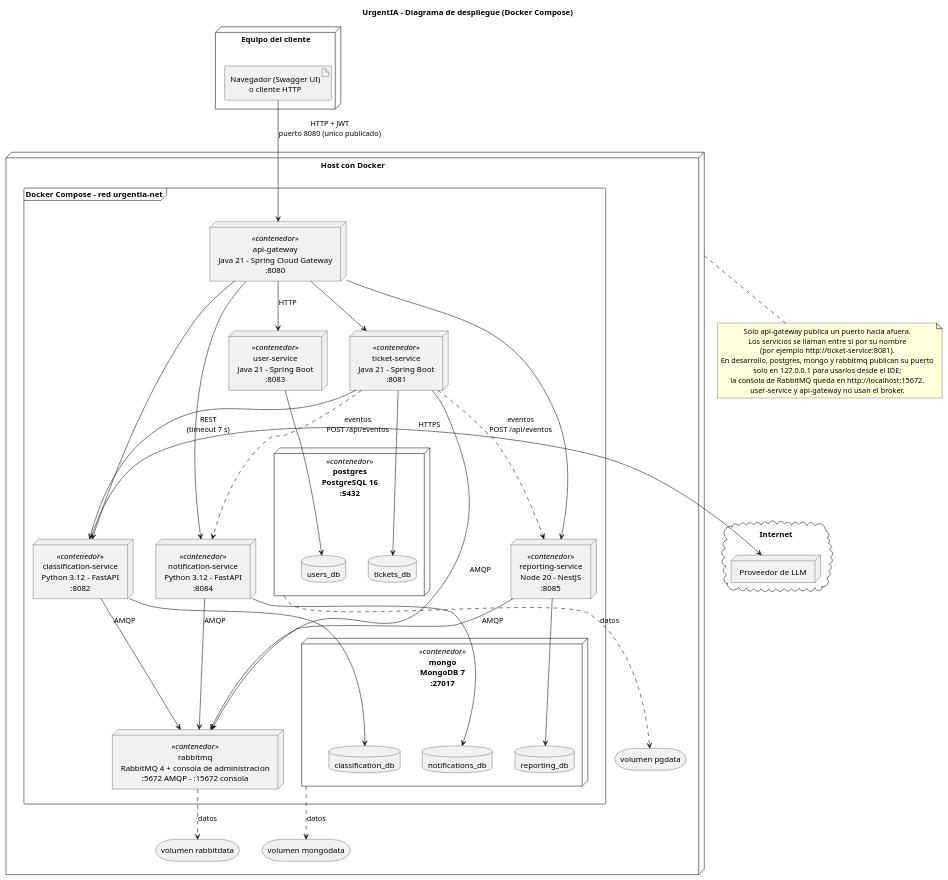
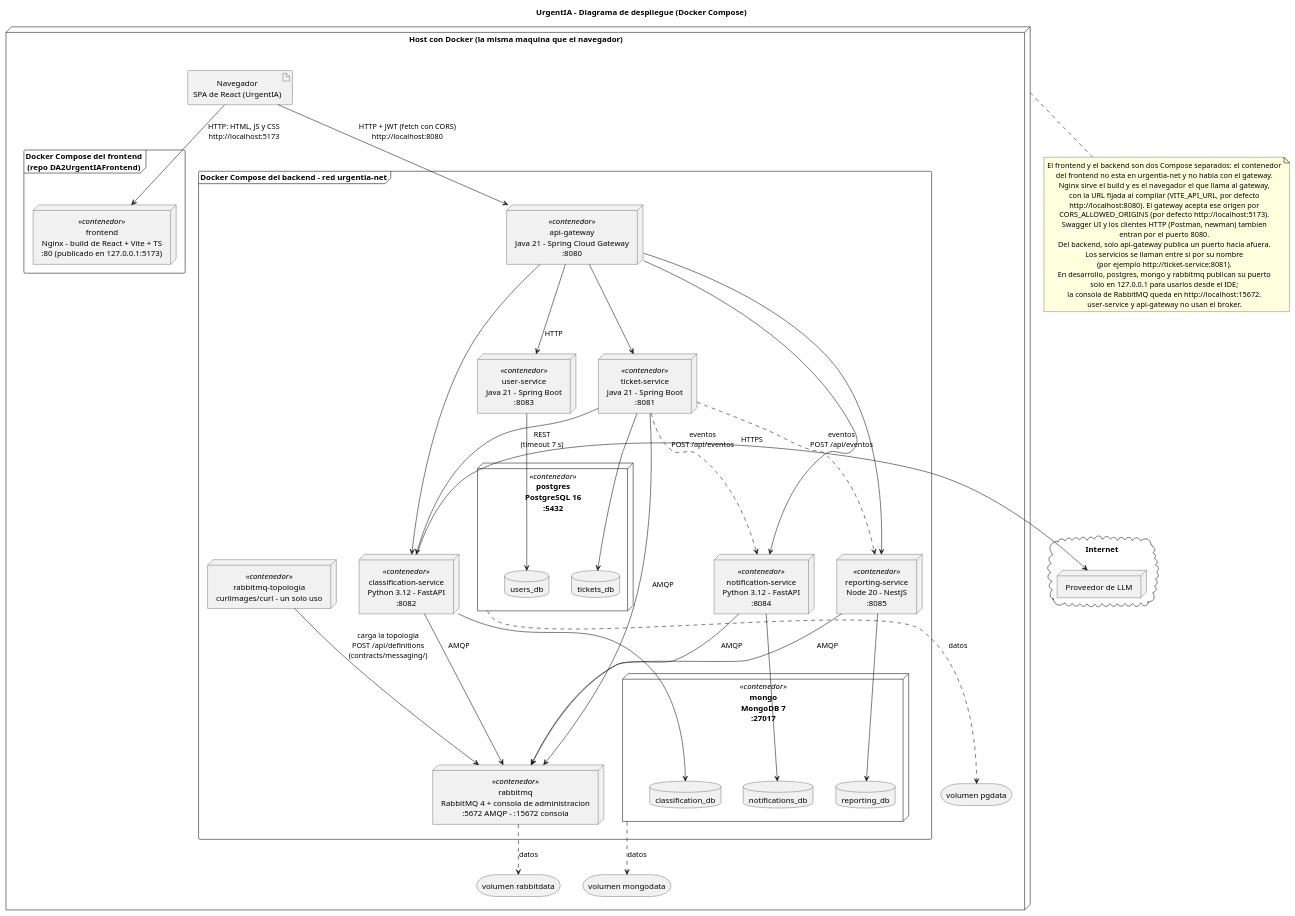
The diagram in docs/diagrams/despliegue.puml (AVFare/DA2UrgentIABackend), drawn with PlantUML before and after one commit. The commit also changed 1 other file, not shown here.

Commit message:
docs(diagramas): suma el frontend y la carga de la topología al diagrama de despliegue

```diff
--- a/docs/diagrams/despliegue.puml
+++ b/docs/diagrams/despliegue.puml
@@ -1,92 +1,110 @@
 @startuml despliegue
 title UrgentIA - Diagrama de despliegue (Docker Compose)
 
 skinparam shadowing false
 skinparam defaultTextAlignment center
 skinparam nodesep 40
 skinparam ranksep 55
 
-node "Equipo del cliente" as cliente {
-  artifact "Navegador (Swagger UI)\no cliente HTTP" as navegador
-}
-
 cloud "Internet" as internet {
   node "Proveedor de LLM" as llm
 }
 
-node "Host con Docker" as host {
-  frame "Docker Compose - red urgentia-net" as red {
+node "Host con Docker (la misma maquina que el navegador)" as host {
+  artifact "Navegador\nSPA de React (UrgentIA)" as navegador
+
+  frame "Docker Compose del frontend\n(repo DA2UrgentIAFrontend)" as composefront {
+    node "frontend\nNginx - build de React + Vite + TS\n:80 (publicado en 127.0.0.1:5173)" as fe <<contenedor>>
+  }
+
+  frame "Docker Compose del backend - red urgentia-net" as red {
 
     node "api-gateway\nJava 21 - Spring Cloud Gateway\n:8080" as gw <<contenedor>>
 
     node "user-service\nJava 21 - Spring Boot\n:8083" as us <<contenedor>>
     node "ticket-service\nJava 21 - Spring Boot\n:8081" as ts <<contenedor>>
     node "classification-service\nPython 3.12 - FastAPI\n:8082" as cs <<contenedor>>
     node "notification-service\nPython 3.12 - FastAPI\n:8084" as ns <<contenedor>>
     node "reporting-service\nNode 20 - NestJS\n:8085" as rs <<contenedor>>
 
     node "postgres\nPostgreSQL 16\n:5432" as pg <<contenedor>> {
       database "users_db" as usersdb
       database "tickets_db" as ticketsdb
     }
 
     node "rabbitmq\nRabbitMQ 4 + consola de administracion\n:5672 AMQP - :15672 consola" as rmq <<contenedor>>
+    node "rabbitmq-topologia\ncurlimages/curl - un solo uso" as topo <<contenedor>>
 
     node "mongo\nMongoDB 7\n:27017" as mongo <<contenedor>> {
       database "classification_db" as classdb
       database "notifications_db" as notifdb
       database "reporting_db" as repdb
     }
   }
 
   storage "volumen pgdata" as pgdata
   storage "volumen mongodata" as mongodata
   storage "volumen rabbitdata" as rabbitdata
 }
 
 us -[hidden]right- ts
 
-navegador --> gw : HTTP + JWT\npuerto 8080 (unico publicado)
+' Nginx solo entrega los archivos estaticos; no hace de proxy hacia el gateway.
+navegador --> fe : HTTP: HTML, JS y CSS\nhttp://localhost:5173
+' La SPA, ya cargada en el navegador, llama al gateway en VITE_API_URL.
+navegador --> gw : HTTP + JWT (fetch con CORS)\nhttp://localhost:8080
 
 ' El gateway rutea por HTTP a los cinco servicios.
 gw --> us : HTTP
 gw --> ts
 gw --> cs
 gw --> ns
 gw --> rs
 
 ' Llamadas entre servicios, sin pasar por el gateway.
 ts -right-> cs : REST\n(timeout 7 s)
 ts ..> ns : eventos\nPOST /api/eventos
 ts ..> rs : eventos\nPOST /api/eventos
 
 '' Mensajeria: los cuatro servicios que producen o consumen mensajes
 ' se conectan al broker con RABBITMQ_URL. Las colas las define contracts/messaging/.
 ts --> rmq : AMQP
 cs --> rmq : AMQP
 ns --> rmq : AMQP
 rs --> rmq : AMQP
 
+' Corre en cada up, cuando rabbitmq esta sano, y termina. Los cuatro servicios
+' de arriba arrancan recien cuando termino bien.
+topo --> rmq : carga la topologia\nPOST /api/definitions\n(contracts/messaging/)
+
 ' Cada servicio usa solo su base.
 us --> usersdb
 ts --> ticketsdb
 cs --> classdb
 ns --> notifdb
 rs --> repdb
 
 pg ..> pgdata : datos
 mongo ..> mongodata : datos
 rmq ..> rabbitdata : datos
 
 cs -right-> llm : HTTPS
 
 note bottom of host
-  Solo api-gateway publica un puerto hacia afuera.
+  El frontend y el backend son dos Compose separados: el contenedor
+  del frontend no esta en urgentia-net y no habla con el gateway.
+  Nginx sirve el build y es el navegador el que llama al gateway,
+  con la URL fijada al compilar (VITE_API_URL, por defecto
+  http://localhost:8080). El gateway acepta ese origen por
+  CORS_ALLOWED_ORIGINS (por defecto http://localhost:5173).
+  Swagger UI y los clientes HTTP (Postman, newman) tambien
+  entran por el puerto 8080.
+  Del backend, solo api-gateway publica un puerto hacia afuera.
   Los servicios se llaman entre si por su nombre
   (por ejemplo http://ticket-service:8081).
   En desarrollo, postgres, mongo y rabbitmq publican su puerto
   solo en 127.0.0.1 para usarlos desde el IDE;
   la consola de RabbitMQ queda en http://localhost:15672.
   user-service y api-gateway no usan el broker.
 end note
 @enduml
```
